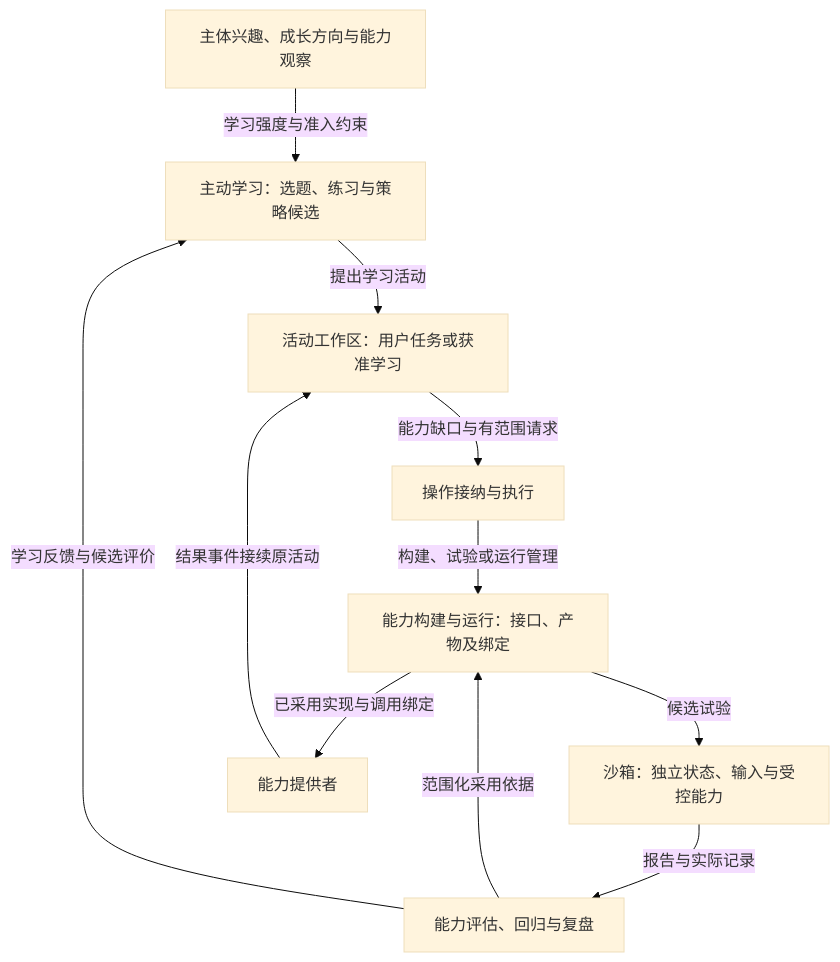
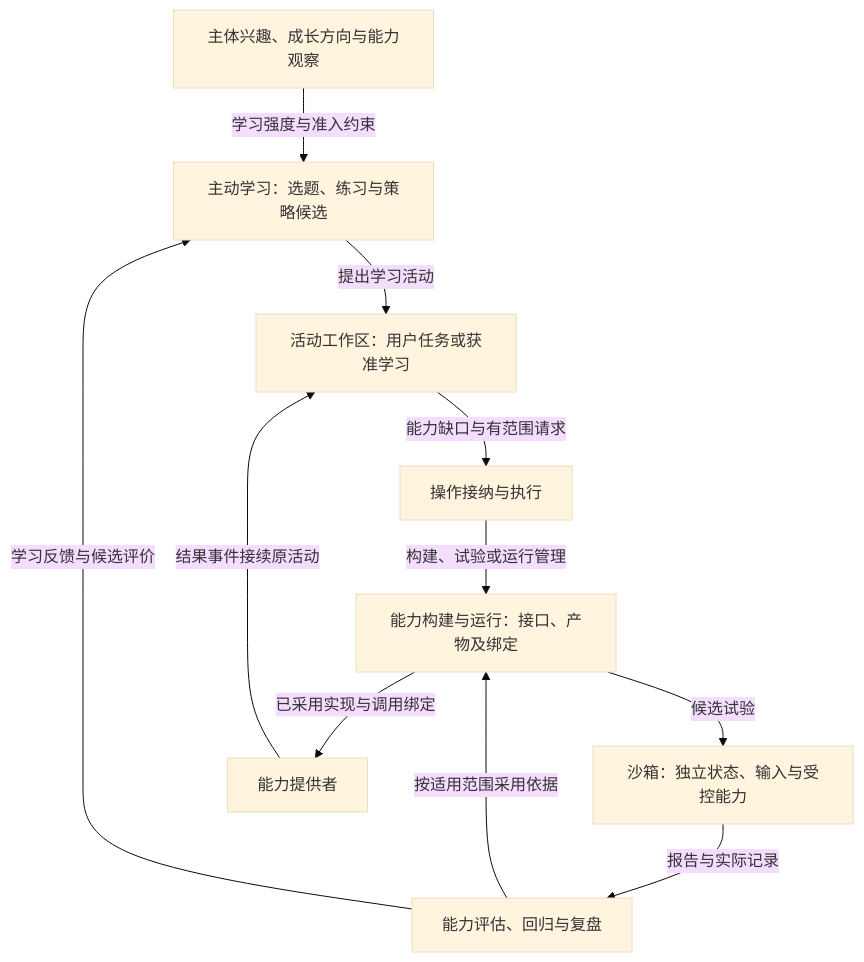
One commit to d7z-project/TinyAGI changed the seventh of 13 diagrams in DESIGN.md. Above: the diagram before and after it, drawn with Mermaid (base theme). The commit also changed other lines of this file and 51 other files, not shown here.

````diff
--- a/DESIGN.md
+++ b/DESIGN.md
@@ -217,13 +212,13 @@
 ```mermaid
 flowchart TB
     Self["主体兴趣、成长方向与能力观察"] -->|"学习强度与准入约束"| Learning["主动学习：选题、练习与策略候选"]
     Learning -->|"提出学习活动"| Work["活动工作区：用户任务或获准学习"]
     Work -->|"能力缺口与有范围请求"| Execution["操作接纳与执行"]
     Execution -->|"构建、试验或运行管理"| Development["能力构建与运行：接口、产物及绑定"]
     Development -->|"候选试验"| Sandbox["沙箱：独立状态、输入与受控能力"]
     Sandbox -->|"报告与实际记录"| Review["能力评估、回归与复盘"]
-    Review -->|"范围化采用依据"| Development
+    Review -->|"按适用范围采用依据"| Development
     Review -->|"学习反馈与候选评价"| Learning
     Development -->|"已采用实现与调用绑定"| Providers["能力提供者"]
     Providers -->|"结果事件接续原活动"| Work
 ```
````
